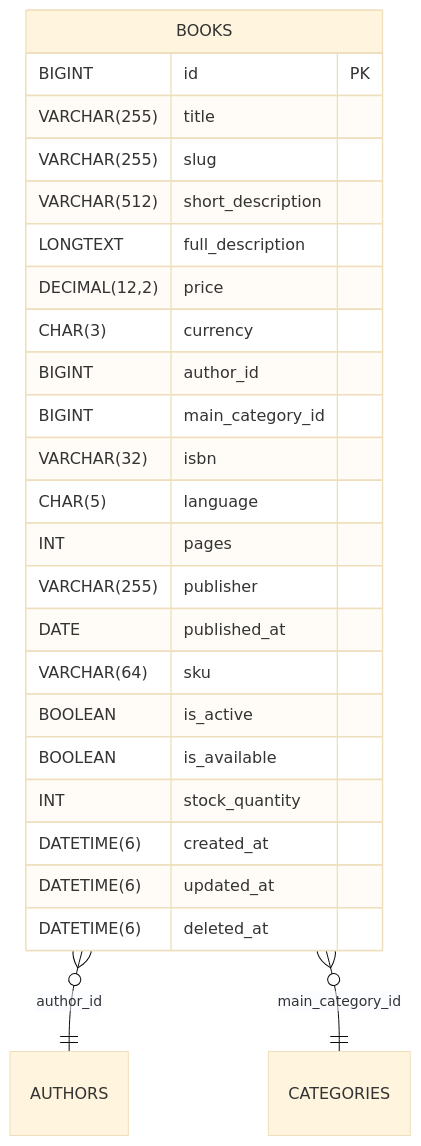
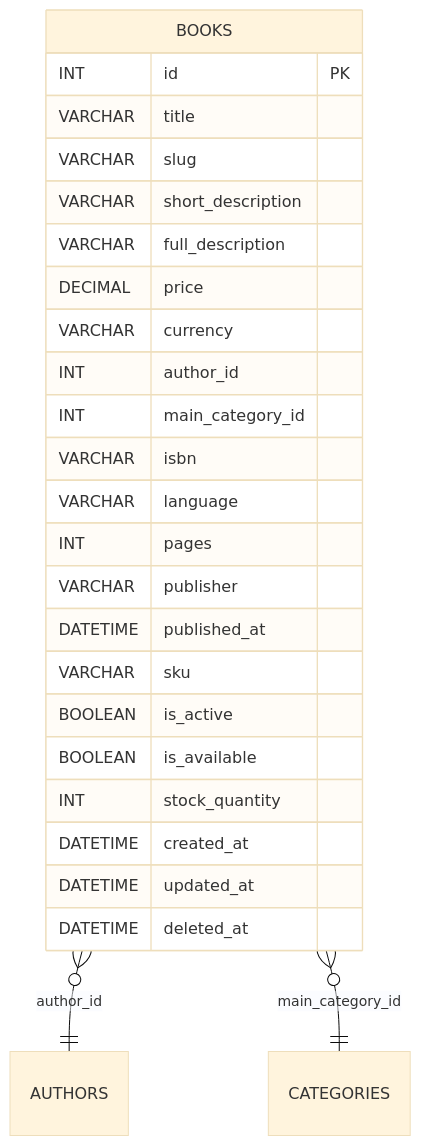
One commit to blackcatdatabase/table-books changed the diagram in README.md. Above: the diagram before and after it, drawn with Mermaid (base theme). The commit also changed other lines of this file, not shown here.

Commit message:
chore(schema): add/update generated schema + README (umbrella sync)

````diff
--- a/README.md
+++ b/README.md
@@ -66,28 +66,28 @@
 ```mermaid
 erDiagram
   BOOKS {
-    BIGINT id PK
-    VARCHAR(255) title
-    VARCHAR(255) slug
-    VARCHAR(512) short_description
-    LONGTEXT full_description
-    DECIMAL(12,2) price
-    CHAR(3) currency
-    BIGINT author_id
-    BIGINT main_category_id
-    VARCHAR(32) isbn
-    CHAR(5) language
+    INT id PK
+    VARCHAR title
+    VARCHAR slug
+    VARCHAR short_description
+    VARCHAR full_description
+    DECIMAL price
+    VARCHAR currency
+    INT author_id
+    INT main_category_id
+    VARCHAR isbn
+    VARCHAR language
     INT pages
-    VARCHAR(255) publisher
-    DATE published_at
-    VARCHAR(64) sku
+    VARCHAR publisher
+    DATETIME published_at
+    VARCHAR sku
     BOOLEAN is_active
     BOOLEAN is_available
     INT stock_quantity
-    DATETIME(6) created_at
-    DATETIME(6) updated_at
-    DATETIME(6) deleted_at
+    DATETIME created_at
+    DATETIME updated_at
+    DATETIME deleted_at
   }
   BOOKS }o--|| AUTHORS : "author_id"
   BOOKS }o--|| CATEGORIES : "main_category_id"
 ```
````
